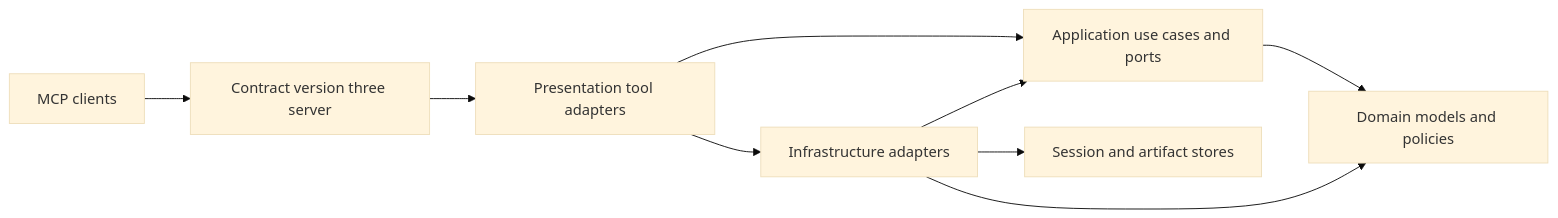
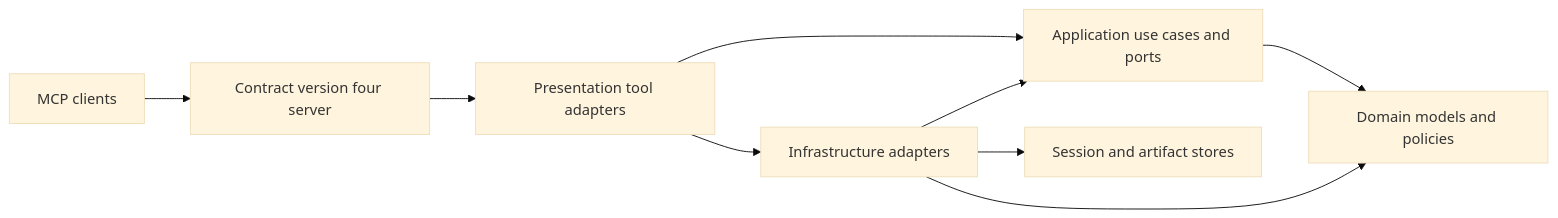
The first of 3 diagrams in docs/site-content/tool-quality-audit-zh.md (u9401066/pubmed-search-mcp), drawn with Mermaid (base theme) before and after one commit. The commit also changed other lines of this file and 20 other files, not shown here.

````diff
--- a/docs/site-content/tool-quality-audit-zh.md
+++ b/docs/site-content/tool-quality-audit-zh.md
@@ -28,18 +28,18 @@
 ```mermaid
 flowchart LR
     client["MCP clients"]
-    server["Contract version three server"]
+    server["Contract version four server"]
     presentation["Presentation tool adapters"]
     application["Application use cases and ports"]
     domain["Domain models and policies"]
     infrastructure["Infrastructure adapters"]
     artifacts["Session and artifact stores"]
     client --> server
     server --> presentation
     presentation --> application
     presentation --> infrastructure
     infrastructure --> application
     application --> domain
     infrastructure --> domain
     infrastructure --> artifacts
 ```
````
